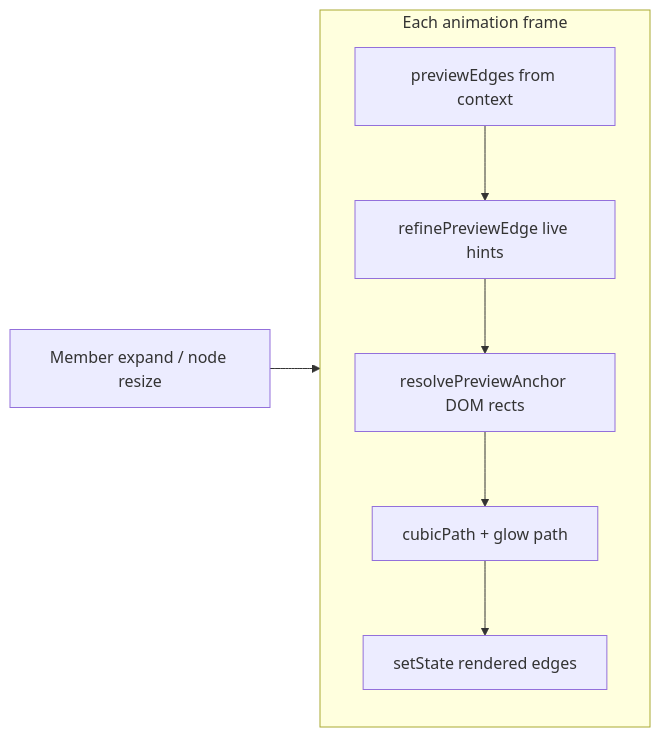
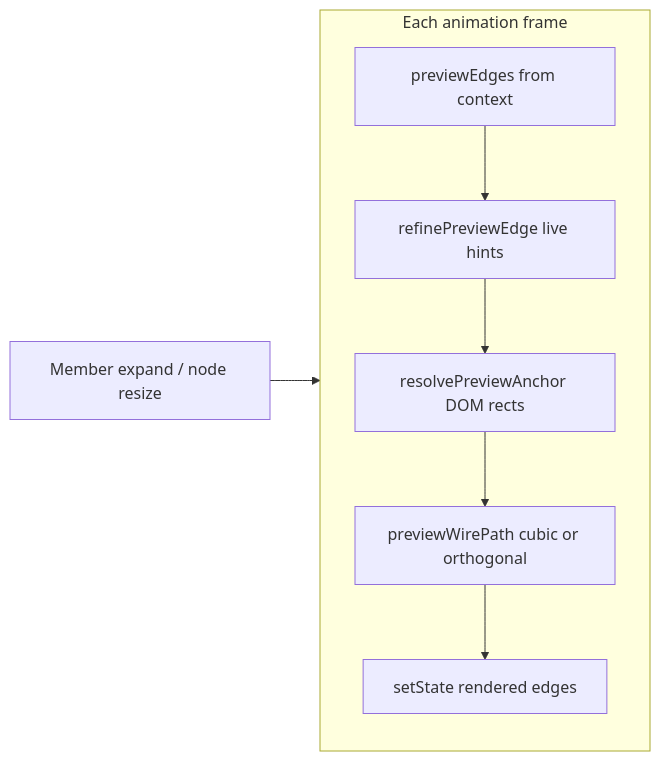
One commit to matkleve/codegrapher changed the first of 2 diagrams in docs/specs/component/preview-edge-overlay.md. Above: the diagram before and after it, drawn with Mermaid. The commit also changed other lines of this file and 54 other files, not shown here.

````diff
--- a/docs/specs/component/preview-edge-overlay.md
+++ b/docs/specs/component/preview-edge-overlay.md
@@ -19,10 +19,10 @@
 ```mermaid
 flowchart LR
   subgraph rAF [Each animation frame]
     A[previewEdges from context] --> R[refinePreviewEdge live hints]
     R --> M[resolvePreviewAnchor DOM rects]
-    M --> P[cubicPath + glow path]
+    M --> P[previewWirePath cubic or orthogonal]
     P --> SVG[setState rendered edges]
   end
   Expand[Member expand / node resize] --> rAF
 ```
````
